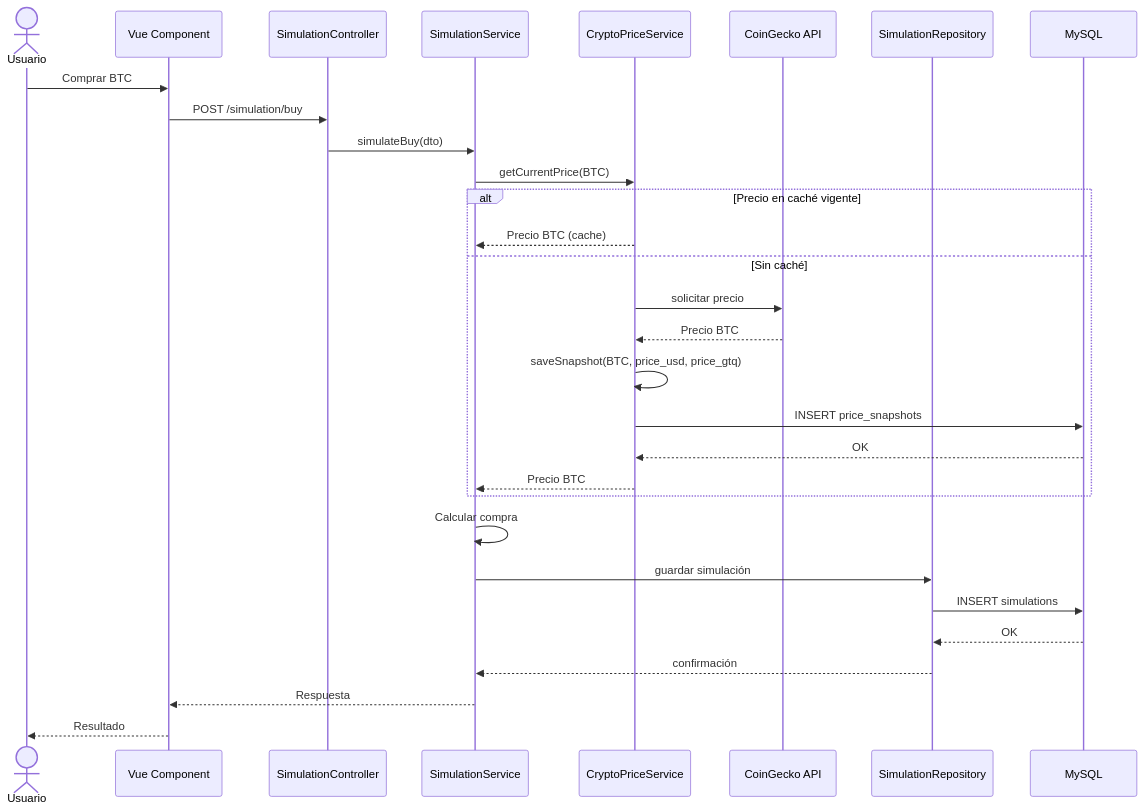
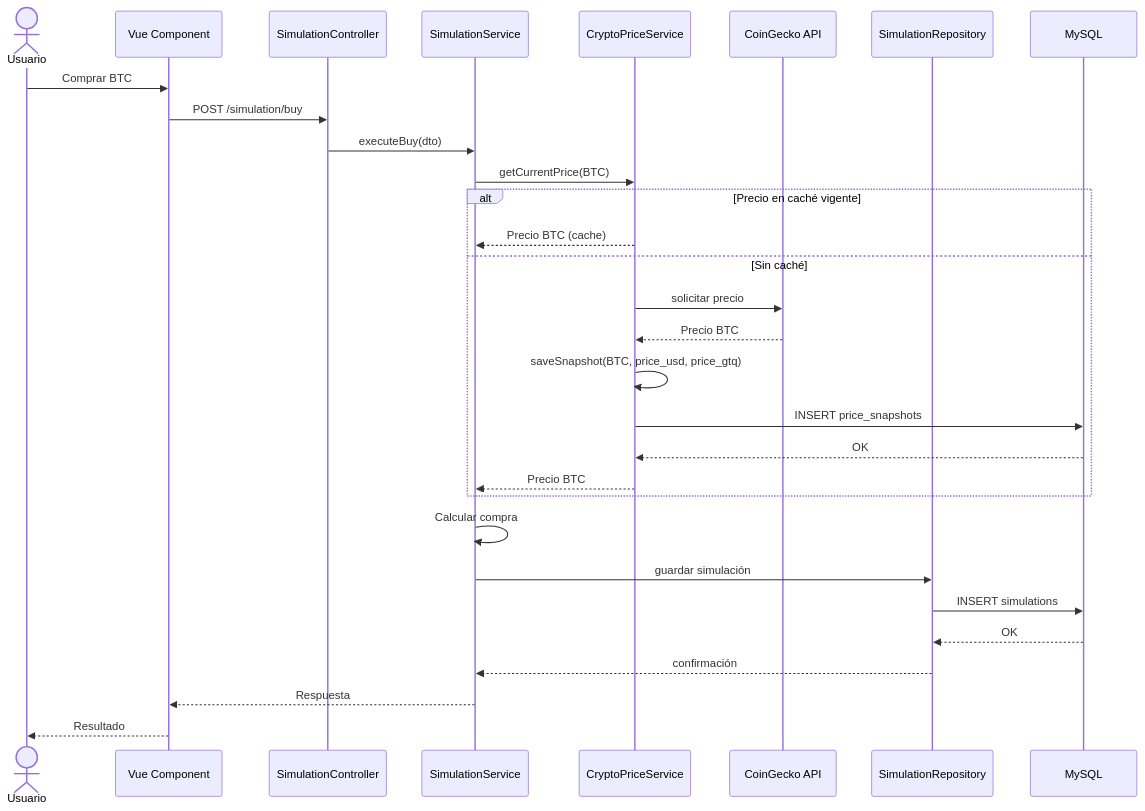
Before and after one commit to fernandocamargo-ae/CoinScope: diagram 11 of 15 in docs/plataforma-simulacion-criptomonedas.md, drawn with Mermaid. The commit also changed other lines of this file and 51 other files, not shown here.

````diff
--- a/docs/plataforma-simulacion-criptomonedas.md
+++ b/docs/plataforma-simulacion-criptomonedas.md
@@ -669,35 +674,35 @@
 ```mermaid
 sequenceDiagram
     actor Usuario
     participant Vue as Vue Component
     participant Ctrl as SimulationController
     participant Svc as SimulationService
     participant Price as CryptoPriceService
     participant API as CoinGecko API
     participant Repo as SimulationRepository
     participant DB as MySQL
 
     Usuario->>Vue: Comprar BTC
     Vue->>Ctrl: POST /simulation/buy
-    Ctrl->>Svc: simulateBuy(dto)
+    Ctrl->>Svc: executeBuy(dto)
     Svc->>Price: getCurrentPrice(BTC)
 
     alt Precio en caché vigente
         Price-->>Svc: Precio BTC (cache)
     else Sin caché
         Price->>API: solicitar precio
         API-->>Price: Precio BTC
         Price->>Price: saveSnapshot(BTC, price_usd, price_gtq)
         Price->>DB: INSERT price_snapshots
         DB-->>Price: OK
         Price-->>Svc: Precio BTC
     end
 
     Svc->>Svc: Calcular compra
     Svc->>Repo: guardar simulación
     Repo->>DB: INSERT simulations
     DB-->>Repo: OK
     Repo-->>Svc: confirmación
     Svc-->>Vue: Respuesta
     Vue-->>Usuario: Resultado
 ```
````
